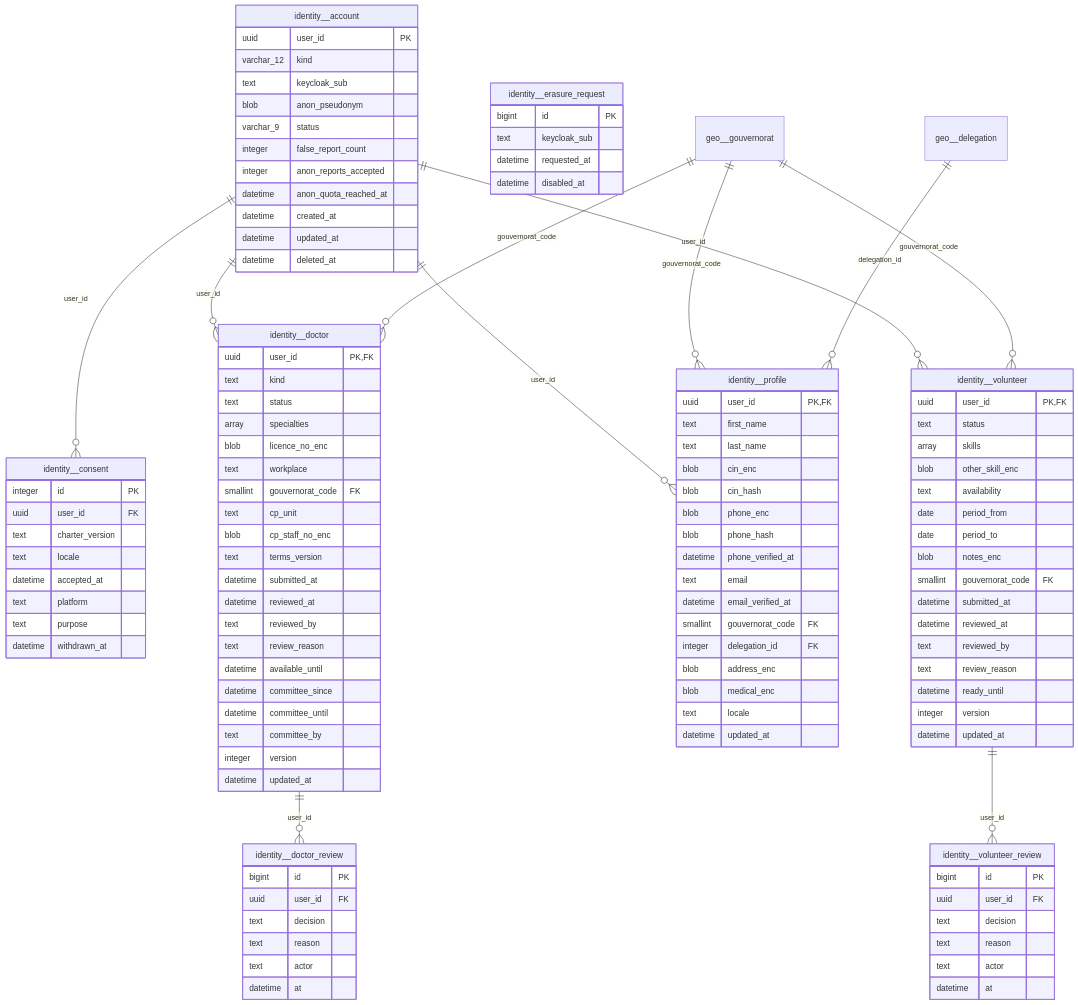
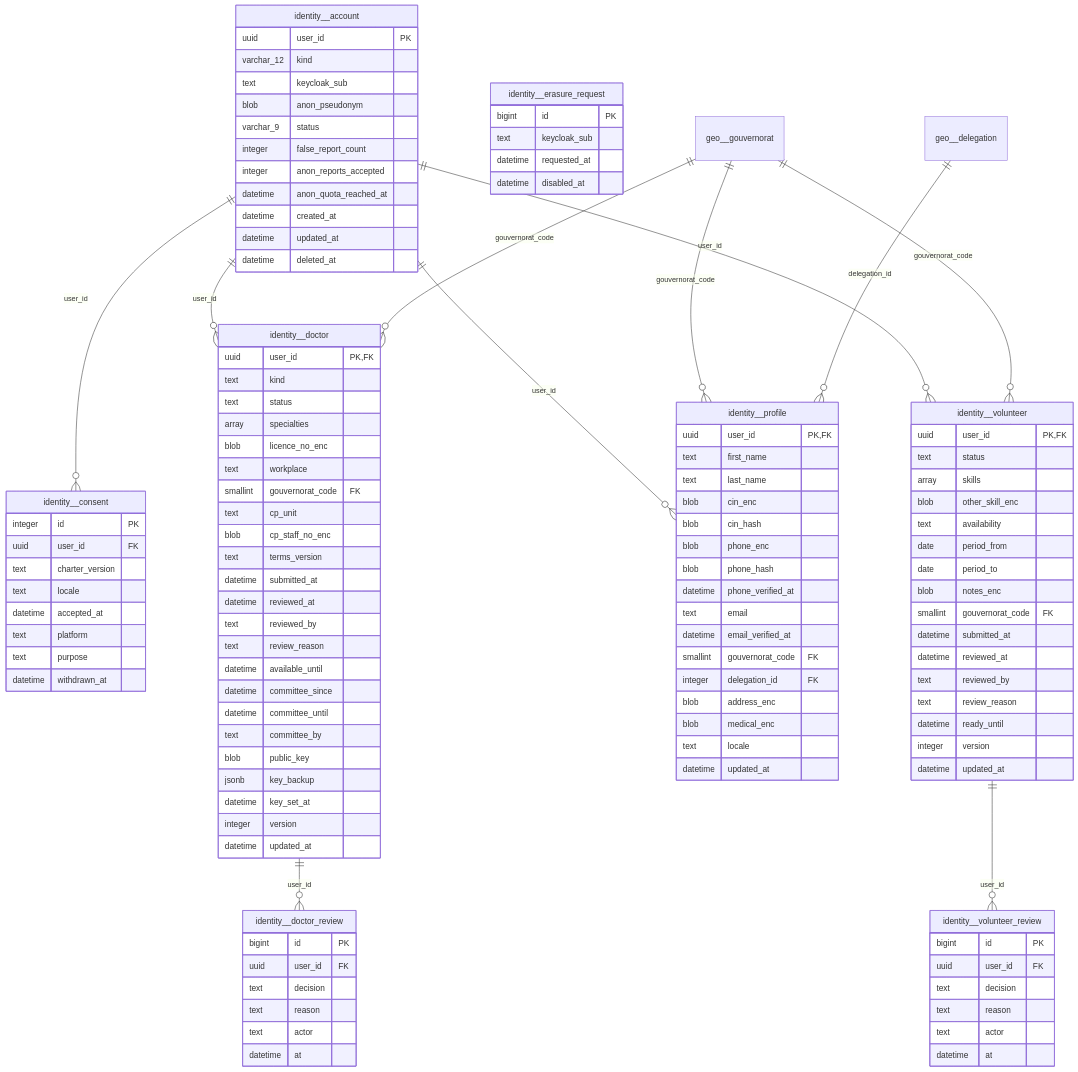
One commit to mouhabouk/E-HIMAYA changed the tenth of 20 diagrams in docs/erd.md. Above: the diagram before and after it, drawn with Mermaid. The commit also changed other lines of this file and 21 other files, not shown here.

```diff
--- a/docs/erd.md
+++ b/docs/erd.md
@@ -442,6 +442,9 @@
         datetime committee_since
         datetime committee_until
         text committee_by
+        blob public_key
+        jsonb key_backup
+        datetime key_set_at
         integer version
         datetime updated_at
     }
```
